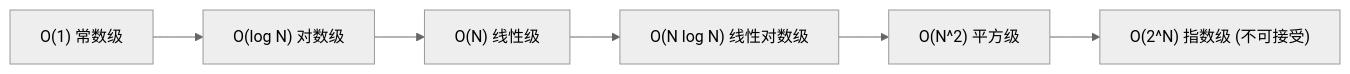
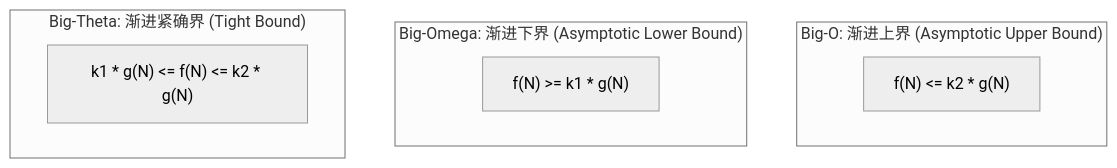
Before and after one commit to easonlines2007/easonlin-blog: the diagram in src/content/notes/CS61B/lecture-12.md, drawn with Mermaid (neutral theme). The commit also changed other lines of this file and 230 other files, not shown here.

````diff
--- a/src/content/notes/CS61B/lecture-12.md
+++ b/src/content/notes/CS61B/lecture-12.md
@@ -77,8 +85,12 @@
 ```mermaid
-graph LR
-    C["O(1) 常数级"] --> L["O(log N) 对数级"]
-    L --> LIN["O(N) 线性级"]
-    LIN --> NLOGN["O(N log N) 线性对数级"]
-    NLOGN --> QUAD["O(N^2) 平方级"]
-    QUAD --> EXP["O(2^N) 指数级 (不可接受)"]
+graph TD
+    subgraph BigO ["Big-O: 渐进上界 (Asymptotic Upper Bound)"]
+        O1["f(N) <= k2 * g(N)"]
+    end
+    subgraph BigOmega ["Big-Omega: 渐进下界 (Asymptotic Lower Bound)"]
+        OM1["f(N) >= k1 * g(N)"]
+    end
+    subgraph BigTheta ["Big-Theta: 渐进紧确界 (Tight Bound)"]
+        T1["k1 * g(N) <= f(N) <= k2 * g(N)"]
+    end
 ```
````
